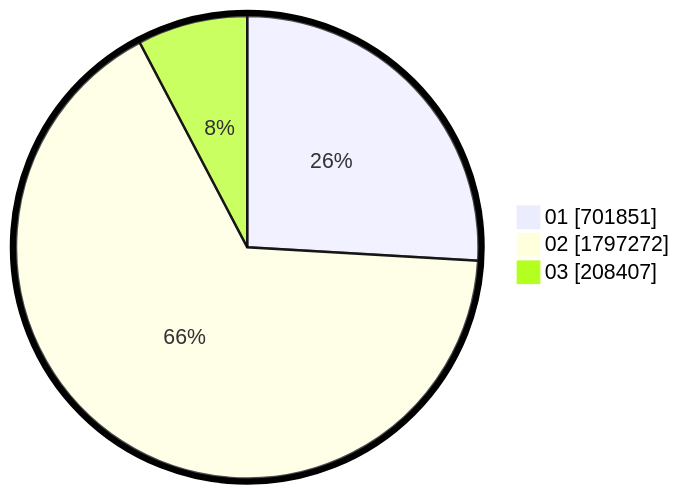
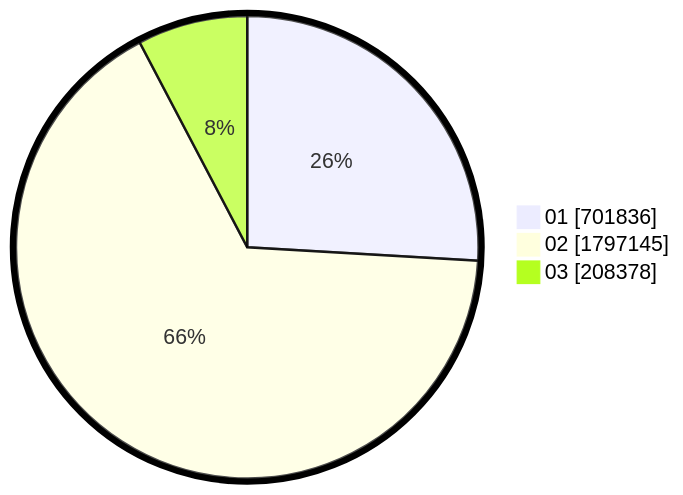
Before and after one commit to gigit-pemilu/pemilu-2024: the second of 2 diagrams in pilpres/hitung-suara/sub/table-wilayah-52.md, drawn with Mermaid. The commit also changed other lines of this file and 8 other files, not shown here.

````diff
--- a/pilpres/hitung-suara/sub/table-wilayah-52.md
+++ b/pilpres/hitung-suara/sub/table-wilayah-52.md
@@ -15,7 +15,7 @@
 ```mermaid
 %%{init: {"pie": {"textPosition": 0.5}, "themeVariables": {"pieOuterStrokeWidth": "5px"}} }%%
 pie showData
-    "01" : 701851
-    "02" : 1797272
-    "03" : 208407
+    "01" : 701836
+    "02" : 1797145
+    "03" : 208378
 ```
````
